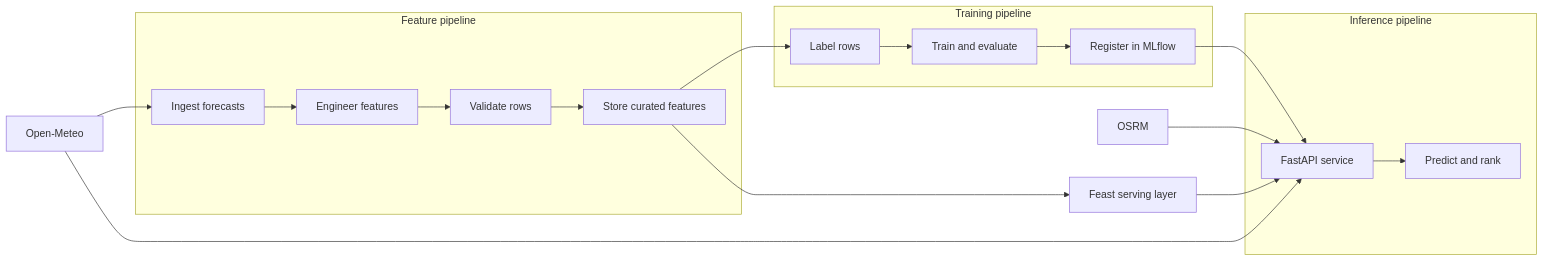
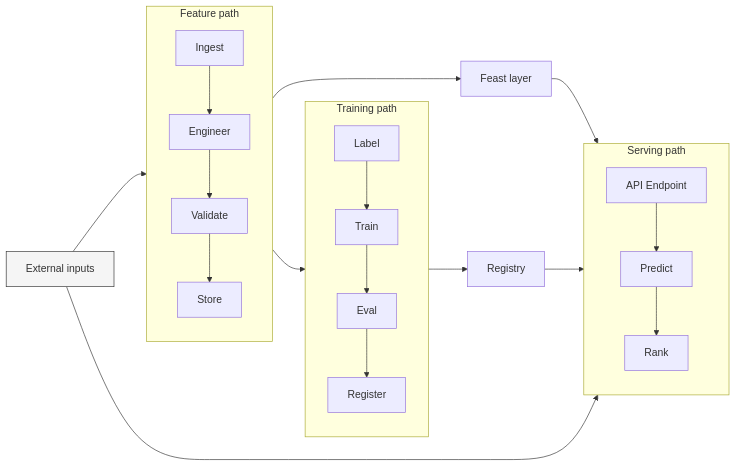
Before and after one commit to javihslu/foehncast: the first of 5 diagrams in docs/site/system/architecture.md, drawn with Mermaid. The commit also changed other lines of this file and 22 other files, not shown here.

Commit message:
docs(site): simplify Mermaid diagrams

```diff
--- a/docs/site/system/architecture.md
+++ b/docs/site/system/architecture.md
@@ -15,31 +15,37 @@
 <div class="mermaid">
 flowchart LR
-    subgraph Feature[Feature pipeline]
-        ING[Ingest forecasts]
-        ENG[Engineer features]
-        VAL[Validate rows]
-        STO[Store curated features]
-        ING --> ENG --> VAL --> STO
+    %% Styling
+    classDef cloud fill:#f5f5f5,stroke:#333
+    classDef pipe fill:#e1f5fe,stroke:#01579b
+    classDef store fill:#ececff,stroke:#9370db
+    classDef app fill:#222,stroke:#333,color:#fff
+
+    EXT["External inputs"]:::cloud
+
+    subgraph FeatureP ["Feature path"]
+        direction TB
+        ING[Ingest] --> ENG[Engineer] --> VAL[Validate] --> STO[Store]
     end
 
-    subgraph Training[Training pipeline]
-        LAB[Label rows]
-        TRN[Train and evaluate]
-        REG[Register in MLflow]
-        LAB --> TRN --> REG
+    subgraph TrainingP ["Training path"]
+        direction TB
+        LAB[Label] --> TRN[Train] --> EVAL[Eval] --> REG[Register]
     end
 
-    subgraph Inference[Inference pipeline]
-        API[FastAPI service]
-        RANK[Predict and rank]
-        API --> RANK
+    subgraph InferenceP ["Serving path"]
+        direction TB
+        API[API Endpoint] --> PRED[Predict] --> RANK[Rank]
     end
 
+    FEAST["Feast layer"]:::store
+    MLF["Registry"]:::store
+
+    EXT --> ING
     STO --> LAB
-    REG --> API
-    OME[Open-Meteo] --> ING
-    OME --> API
-    OSRM[OSRM] --> API
-    STO --> FEAST[Feast serving layer]
+    STO --> FEAST
+    REG --> MLF
+
     FEAST --> API
+    MLF --> API
+    EXT --> API
 </div>
```
